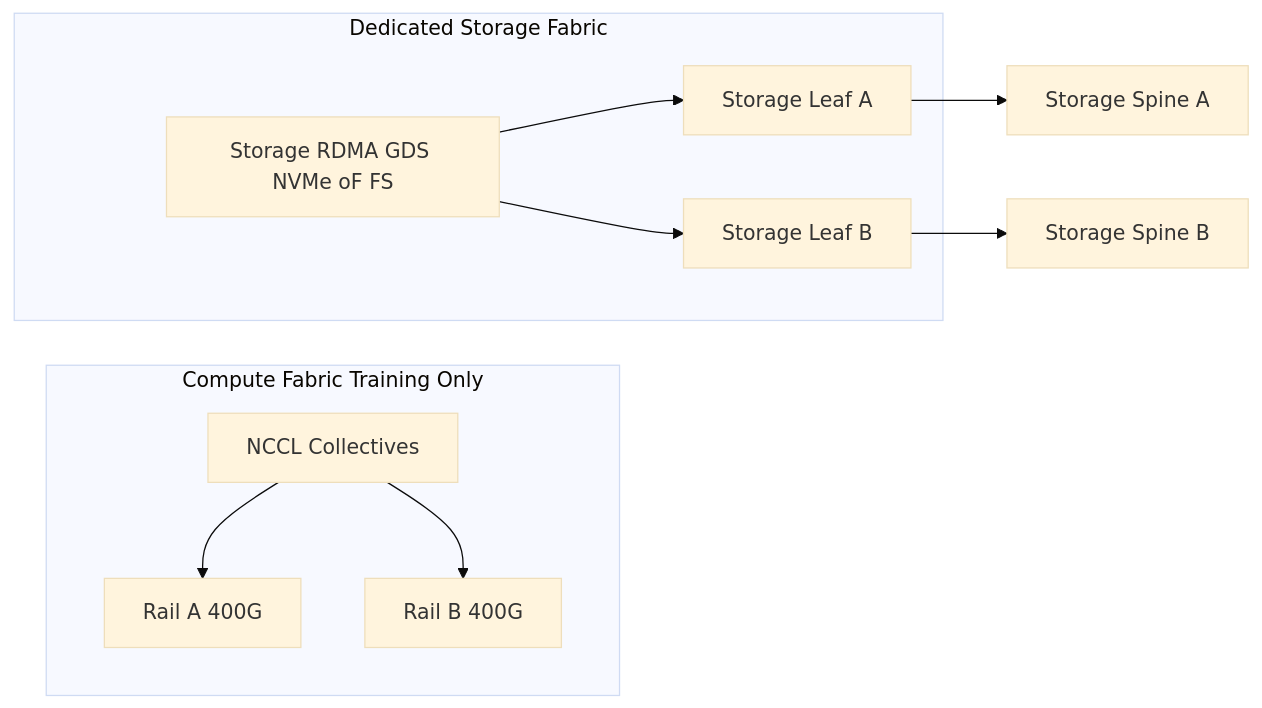
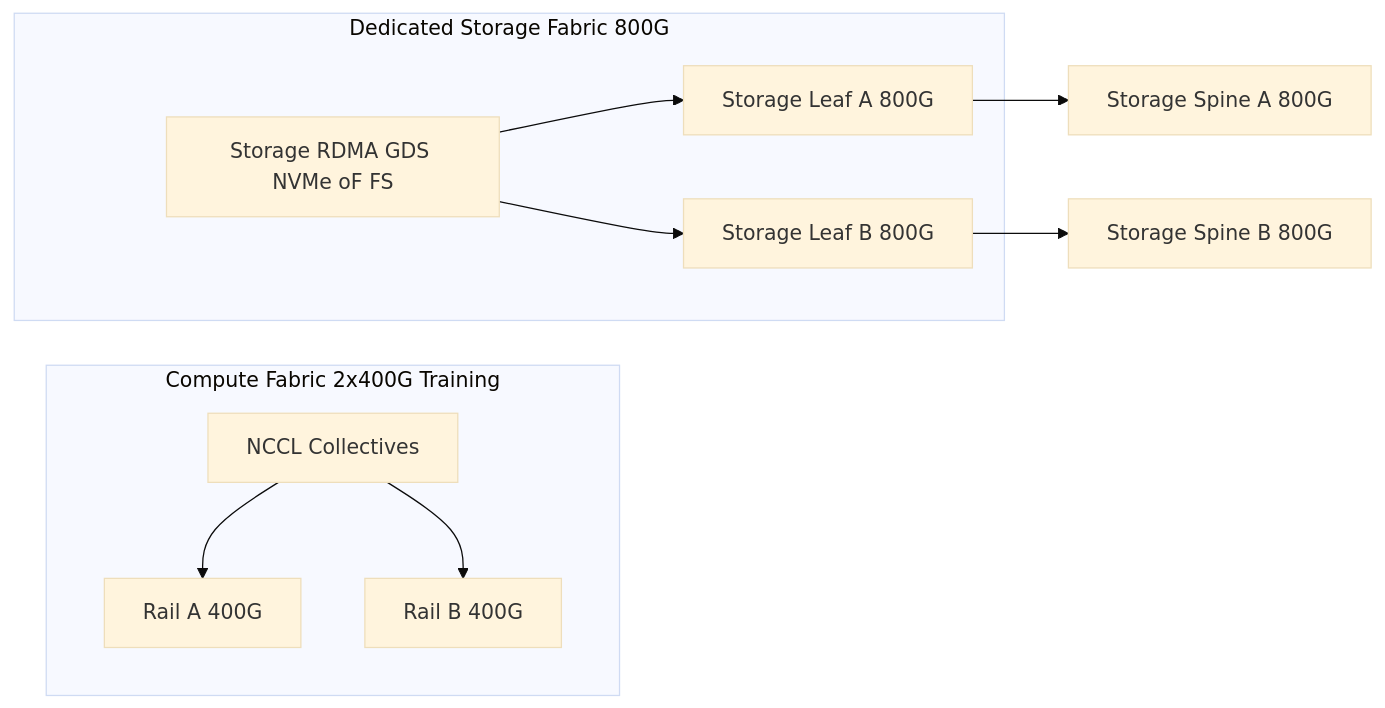
The seventh of 7 diagrams in README.md (noelashford/Storage-Solution), drawn with Mermaid (base theme) before and after one commit. The commit also changed other lines of this file, not shown here.

````diff
--- a/README.md
+++ b/README.md
@@ -255,15 +293,15 @@
 ```mermaid
 flowchart LR
-  subgraph ComputeRails [Compute Fabric Training Only]
+  subgraph ComputeRails [Compute Fabric 2x400G Training]
     NCCL[NCCL Collectives] --> RailA[Rail A 400G]
     NCCL --> RailB[Rail B 400G]
   end
 
-  subgraph StorageRails [Dedicated Storage Fabric]
-    STOR[Storage RDMA GDS NVMe oF FS] --> SLeafA[Storage Leaf A]
-    STOR --> SLeafB[Storage Leaf B]
+  subgraph StorageRails [Dedicated Storage Fabric 800G]
+    STOR[Storage RDMA GDS NVMe oF FS] --> SLeafA[Storage Leaf A 800G]
+    STOR --> SLeafB[Storage Leaf B 800G]
   end
 
-  SLeafA --> SSpineA[Storage Spine A]
-  SLeafB --> SSpineB[Storage Spine B]
+  SLeafA --> SSpineA[Storage Spine A 800G]
+  SLeafB --> SSpineB[Storage Spine B 800G]
 ```
````
